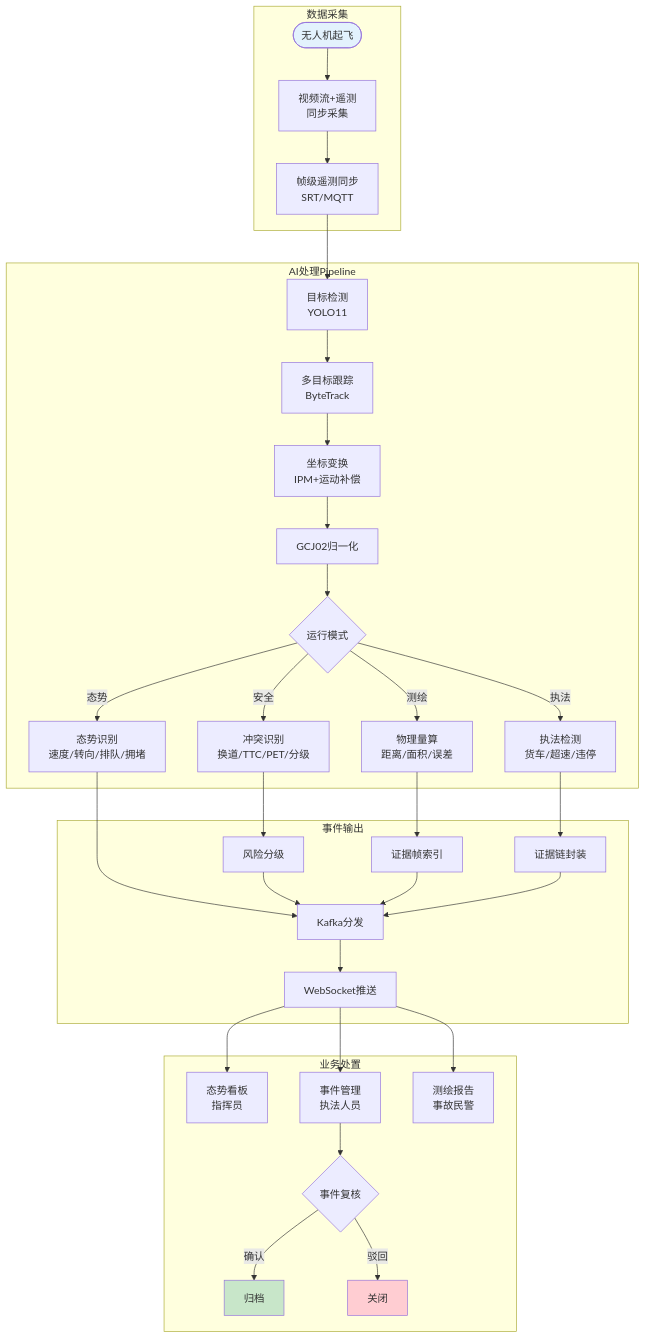
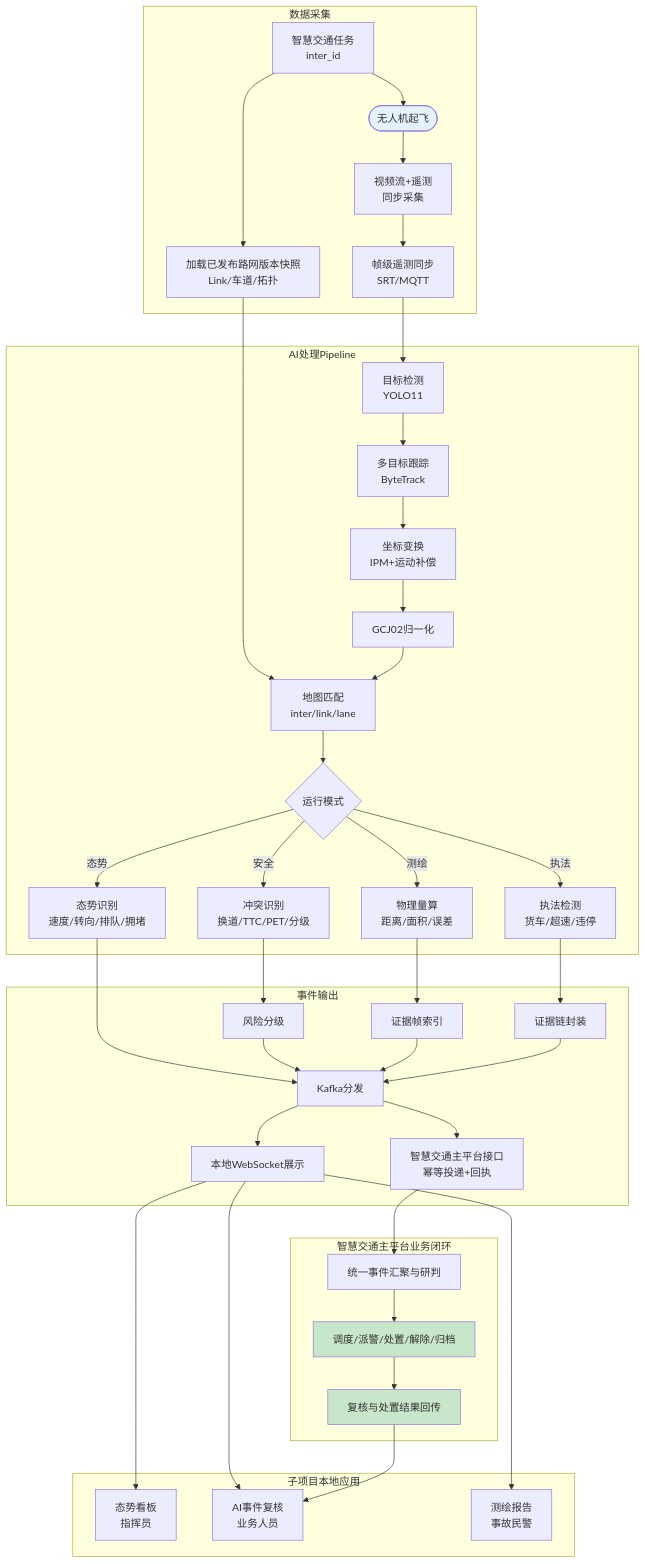
One commit to fjwangzy/TrafficAnalyzer changed the third of 4 diagrams in docs/generated/2026-06-29-uav-traffic-ai-prd.md. Above: the diagram before and after it, drawn with Mermaid. The commit also changed other lines of this file and 51 other files, not shown here.

````diff
--- a/docs/generated/2026-06-29-uav-traffic-ai-prd.md
+++ b/docs/generated/2026-06-29-uav-traffic-ai-prd.md
@@ -519,40 +869,48 @@
 ```mermaid
 flowchart TD
     subgraph 数据采集
-        A1([无人机起飞]) --> A2[视频流+遥测<br/>同步采集]
+        A0[智慧交通任务<br/>inter_id] --> A1([无人机起飞])
+        A0 --> A4[加载已发布路网版本快照<br/>Link/车道/拓扑]
+        A1 --> A2[视频流+遥测<br/>同步采集]
         A2 --> A3[帧级遥测同步<br/>SRT/MQTT]
     end
 
     subgraph AI处理Pipeline
         A3 --> B1[目标检测<br/>YOLO11]
         B1 --> B2[多目标跟踪<br/>ByteTrack]
         B2 --> B3[坐标变换<br/>IPM+运动补偿]
         B3 --> B4[GCJ02归一化]
-        B4 --> B5{运行模式}
+        A4 --> B41[地图匹配<br/>inter/link/lane]
+        B4 --> B41 --> B5{运行模式}
         B5 -->|态势| C1[态势识别<br/>速度/转向/排队/拥堵]
         B5 -->|安全| C2[冲突识别<br/>换道/TTC/PET/分级]
         B5 -->|测绘| C3[物理量算<br/>距离/面积/误差]
         B5 -->|执法| C4[执法检测<br/>货车/超速/违停]
     end
 
     subgraph 事件输出
         C1 --> D1[Kafka分发]
         C2 --> D2[风险分级] --> D1
         C3 --> D3[证据帧索引] --> D1
         C4 --> D4[证据链封装] --> D1
-        D1 --> D5[WebSocket推送]
+        D1 --> D5[本地WebSocket展示]
+        D1 --> D6[智慧交通主平台接口<br/>幂等投递+回执]
     end
 
-    subgraph 业务处置
+    subgraph 子项目本地应用
         D5 --> E1[态势看板<br/>指挥员]
-        D5 --> E2[事件管理<br/>执法人员]
+        D5 --> E2[AI事件复核<br/>业务人员]
         D5 --> E3[测绘报告<br/>事故民警]
-        E2 --> E5{事件复核}
-        E5 -->|确认| E6[归档]
-        E5 -->|驳回| E7[关闭]
+    end
+
+    subgraph 智慧交通主平台业务闭环
+        D6 --> E5[统一事件汇聚与研判]
+        E5 --> E6[调度/派警/处置/解除/归档]
+        E6 --> E7[复核与处置结果回传]
+        E7 --> E2
     end
 
     style A1 fill:#E3F2FD
     style E6 fill:#C8E6C9
-    style E7 fill:#FFCDD2
+    style E7 fill:#C8E6C9
 ```
````
